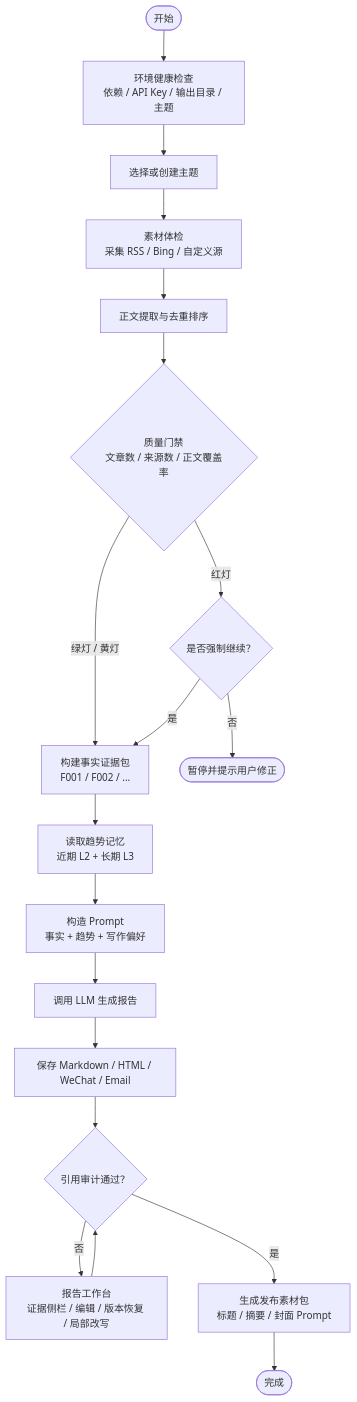
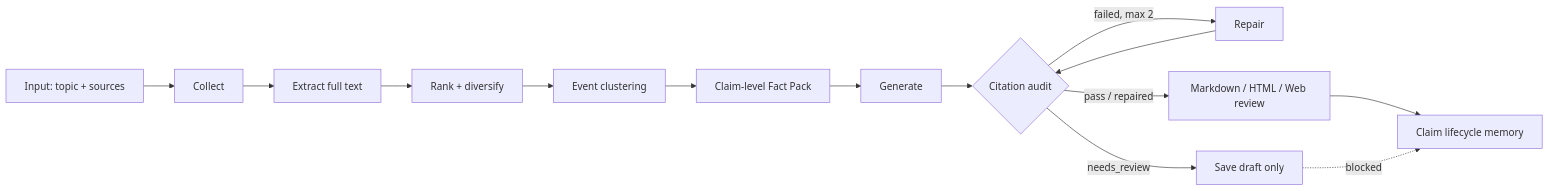
The diagram in README.md (YinL04/NewsWeaver), drawn with Mermaid before and after one commit. The commit also changed other lines of this file and 28 other files, not shown here.

````diff
--- a/README.md
+++ b/README.md
@@ -315,29 +15,16 @@
 ```mermaid
-flowchart TD
-  Start(["开始"])
-  Health["环境健康检查<br/>依赖 / API Key / 输出目录 / 主题"]
-  Topic["选择或创建主题"]
-  Preview["素材体检<br/>采集 RSS / Bing / 自定义源"]
-  Extract["正文提取与去重排序"]
-  Quality{"质量门禁<br/>文章数 / 来源数 / 正文覆盖率"}
-  Confirm{"是否强制继续？"}
-  Facts["构建事实证据包<br/>F001 / F002 / ..."]
-  Memory["读取趋势记忆<br/>近期 L2 + 长期 L3"]
-  Prompt["构造 Prompt<br/>事实 + 趋势 + 写作偏好"]
-  Generate["调用 LLM 生成报告"]
-  Save["保存 Markdown / HTML / WeChat / Email"]
-  Audit{"引用审计通过？"}
-  Workbench["报告工作台<br/>证据侧栏 / 编辑 / 版本恢复 / 局部改写"]
-  Publish["生成发布素材包<br/>标题 / 摘要 / 封面 Prompt"]
-  End(["完成"])
-  Stop(["暂停并提示用户修正"])
-
-  Start --> Health --> Topic --> Preview --> Extract --> Quality
-  Quality -- "绿灯 / 黄灯" --> Facts
-  Quality -- "红灯" --> Confirm
-  Confirm -- "是" --> Facts
-  Confirm -- "否" --> Stop
-  Facts --> Memory --> Prompt --> Generate --> Save --> Audit
-  Audit -- "是" --> Publish --> End
-  Audit -- "否" --> Workbench --> Audit
+flowchart LR
+    Input["Input: topic + sources"] --> Collect["Collect"]
+    Collect --> Extract["Extract full text"]
+    Extract --> Rank["Rank + diversify"]
+    Rank --> Cluster["Event clustering"]
+    Cluster --> Facts["Claim-level Fact Pack"]
+    Facts --> Generate["Generate"]
+    Generate --> Audit{"Citation audit"}
+    Audit -- "failed, max 2" --> Repair["Repair"]
+    Repair --> Audit
+    Audit -- "pass / repaired" --> Save["Markdown / HTML / Web review"]
+    Audit -- "needs_review" --> Draft["Save draft only"]
+    Save --> Memory["Claim lifecycle memory"]
+    Draft -. "blocked" .-> Memory
 ```
````
